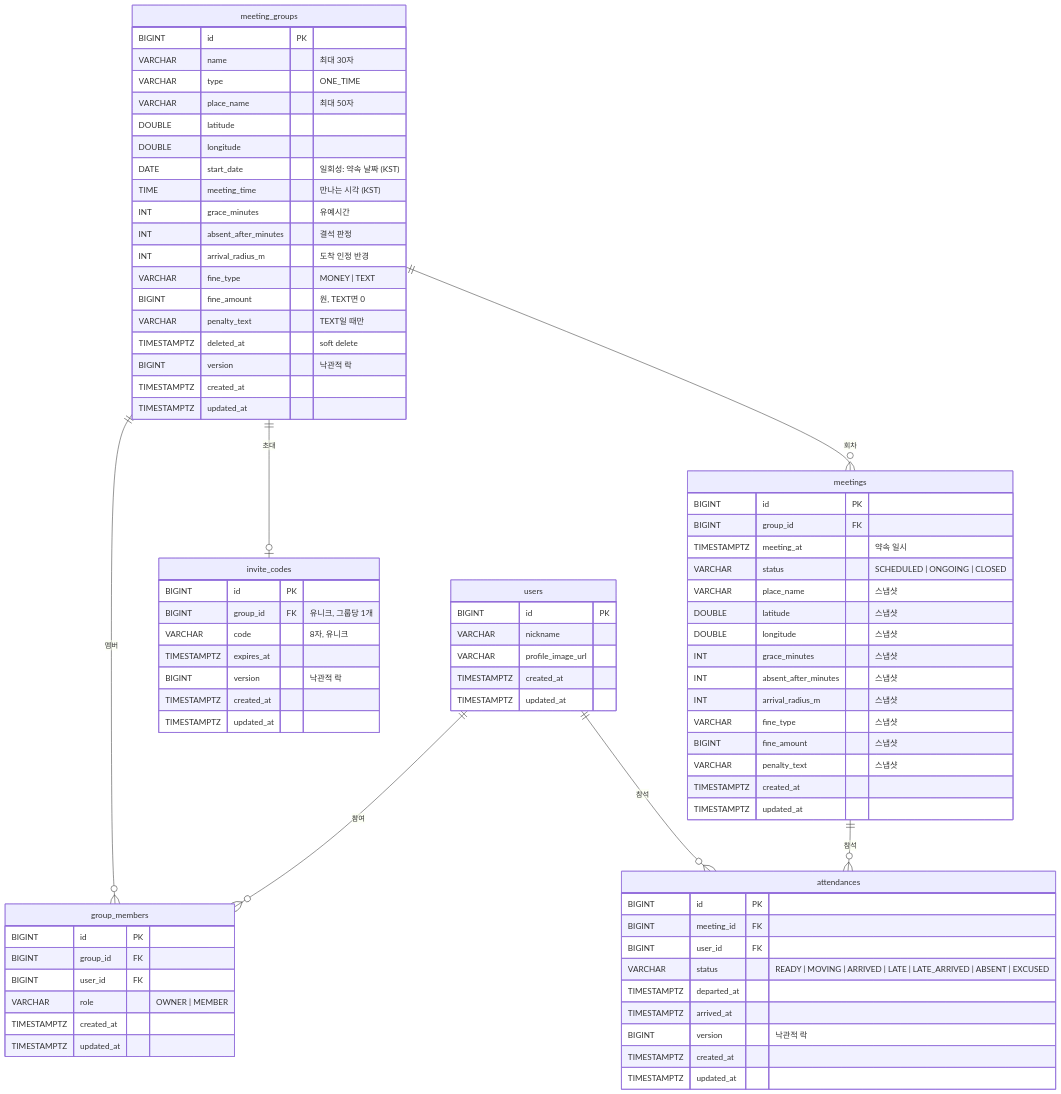
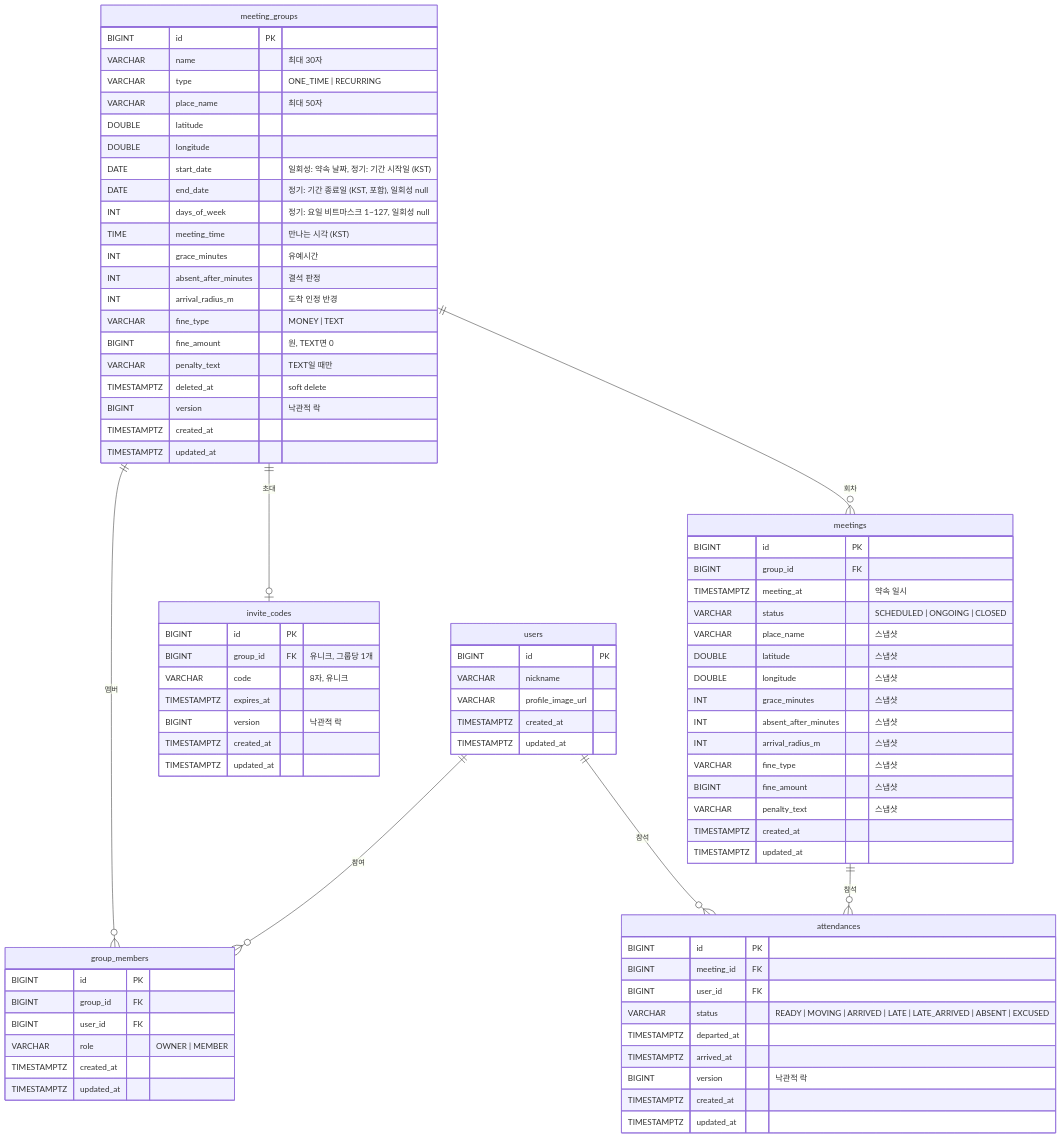
The diagram in README.md (dkegldh/OnTime), drawn with Mermaid before and after one commit. The commit also changed other lines of this file, not shown here.

Commit message:
docs: README에 정기 모임 ERD 컬럼, 회차 생성 규칙, 생성 API 요청·응답·에러 추가 (#31)

```diff
--- a/README.md
+++ b/README.md
@@ -48,11 +48,13 @@
     meeting_groups {
         BIGINT id PK
         VARCHAR name "최대 30자"
-        VARCHAR type "ONE_TIME"
+        VARCHAR type "ONE_TIME | RECURRING"
         VARCHAR place_name "최대 50자"
         DOUBLE latitude
         DOUBLE longitude
-        DATE start_date "일회성: 약속 날짜 (KST)"
+        DATE start_date "일회성: 약속 날짜, 정기: 기간 시작일 (KST)"
+        DATE end_date "정기: 기간 종료일 (KST, 포함), 일회성 null"
+        INT days_of_week "정기: 요일 비트마스크 1~127, 일회성 null"
         TIME meeting_time "만나는 시각 (KST)"
         INT grace_minutes "유예시간"
         INT absent_after_minutes "결석 판정"
```
